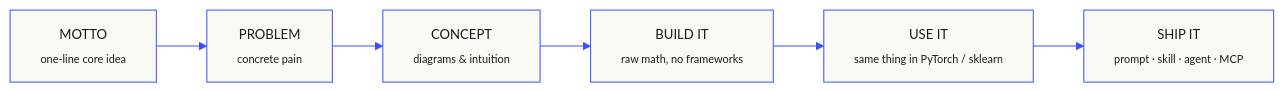
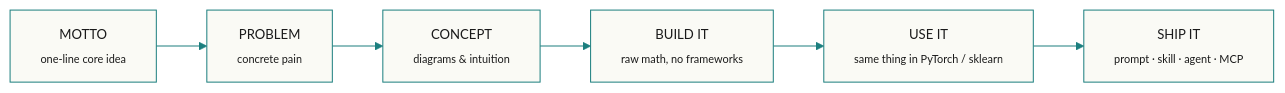
The second of 2 diagrams in README.md (SystemaOps/ai-engineering-Systemaops), drawn with Mermaid before and after one commit. The commit also changed other lines of this file and 135 other files, not shown here.

````diff
--- a/README.md
+++ b/README.md
@@ -97,9 +97,9 @@
 ```mermaid
-%%{init: {'theme':'base','themeVariables':{'primaryColor':'#fafaf5','primaryTextColor':'#1a1a1a','primaryBorderColor':'#3553ff','lineColor':'#3553ff','fontFamily':'JetBrains Mono','fontSize':'13px'}}}%%
+%%{init: {'theme':'base','themeVariables':{'primaryColor':'#fafaf5','primaryTextColor':'#1a1a1a','primaryBorderColor':'#1C7F7F','lineColor':'#1C7F7F','fontFamily':'JetBrains Mono','fontSize':'13px'}}}%%
 flowchart LR
   M["MOTTO<br/><sub>one-line core idea</sub>"] --> Pr["PROBLEM<br/><sub>concrete pain</sub>"]
   Pr --> C["CONCEPT<br/><sub>diagrams &amp; intuition</sub>"]
   C --> B["BUILD IT<br/><sub>raw math, no frameworks</sub>"]
   B --> U["USE IT<br/><sub>same thing in PyTorch / sklearn</sub>"]
   U --> S["SHIP IT<br/><sub>prompt · skill · agent · MCP</sub>"]
 ```
````
